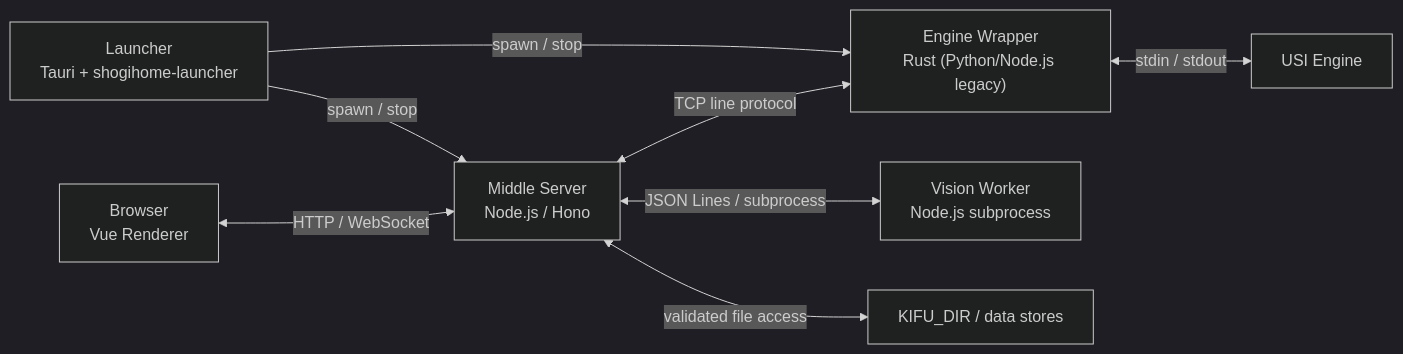
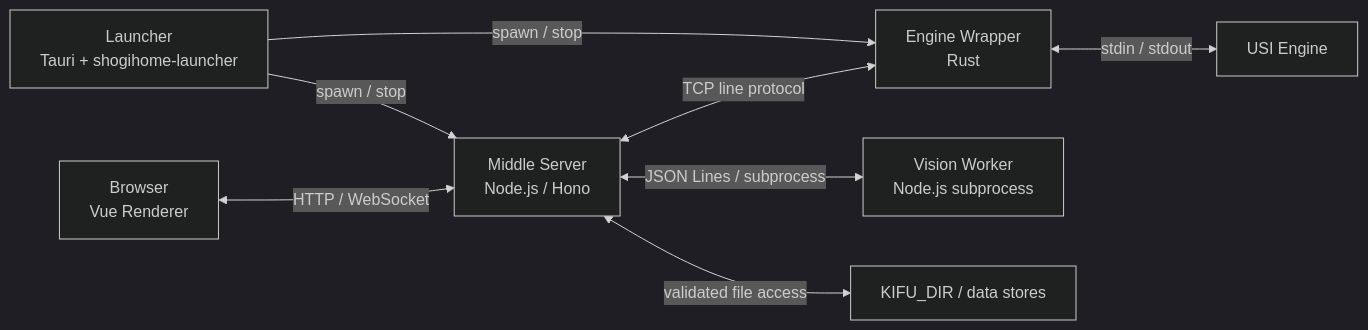
One commit to yoset77/shogihome-lab changed the first of 2 diagrams in ARCHITECTURE.md. Above: the diagram before and after it, drawn with Mermaid (dark theme). The commit also changed other lines of this file and 20 other files, not shown here.

````diff
--- a/ARCHITECTURE.md
+++ b/ARCHITECTURE.md
@@ -36,18 +36,18 @@
 ```mermaid
 flowchart LR
     Browser["Browser<br/>Vue Renderer"]
     Server["Middle Server<br/>Node.js / Hono"]
-    Wrapper["Engine Wrapper<br/>Rust (Python/Node.js legacy)"]
+    Wrapper["Engine Wrapper<br/>Rust"]
     Engine["USI Engine"]
     Vision["Vision Worker<br/>Node.js subprocess"]
     Files["KIFU_DIR / data stores"]
     Launcher["Launcher<br/>Tauri + shogihome-launcher"]
 
     Browser <-->|"HTTP / WebSocket"| Server
     Server <-->|"TCP line protocol"| Wrapper
     Wrapper <-->|"stdin / stdout"| Engine
     Server <-->|"JSON Lines / subprocess"| Vision
     Server <-->|"validated file access"| Files
     Launcher -->|"spawn / stop"| Server
     Launcher -->|"spawn / stop"| Wrapper
 ```
````
